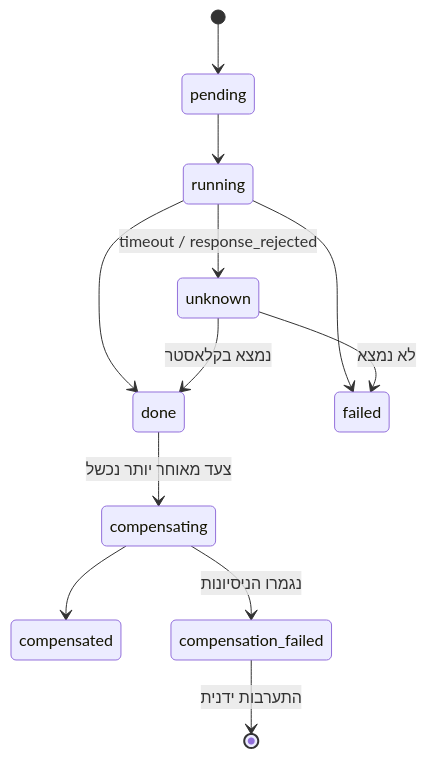
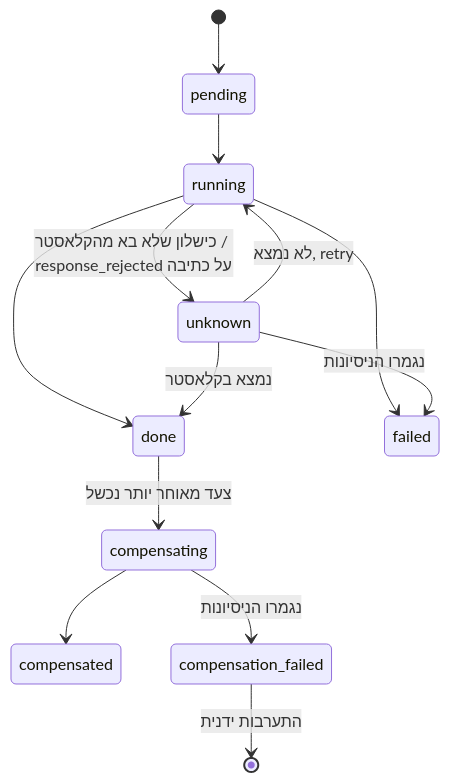
Before and after one commit to EliShteinman/redis-enterprise-services: the first of 2 diagrams in docs/design/saga.md, drawn with Mermaid. The commit also changed other lines of this file, not shown here.

Commit message:
docs(saga): the step diagram and the answer table follow the check-before-retry rule; invalid_request is our bug and is not checked

````diff
--- a/docs/design/saga.md
+++ b/docs/design/saga.md
@@ -122,14 +122,15 @@
 ```mermaid
 stateDiagram-v2
     [*] --> pending
     pending --> running
     running --> done
     running --> failed
-    running --> unknown : timeout / response_rejected
+    running --> unknown : כישלון שלא בא מהקלאסטר / response_rejected על כתיבה
     unknown --> done : נמצא בקלאסטר
-    unknown --> failed : לא נמצא
+    unknown --> running : לא נמצא, retry
+    unknown --> failed : נגמרו הניסיונות
     done --> compensating : צעד מאוחר יותר נכשל
     compensating --> compensated
     compensating --> compensation_failed : נגמרו הניסיונות
     compensation_failed --> [*] : התערבות ידנית
 ```
````
